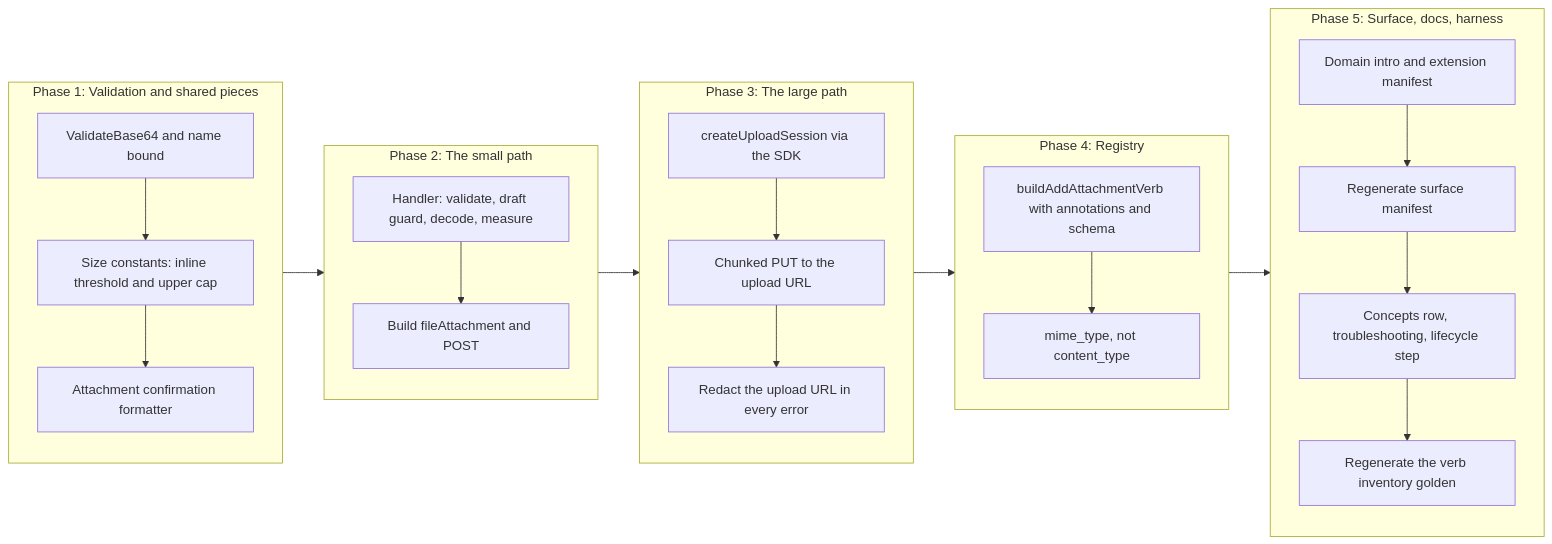
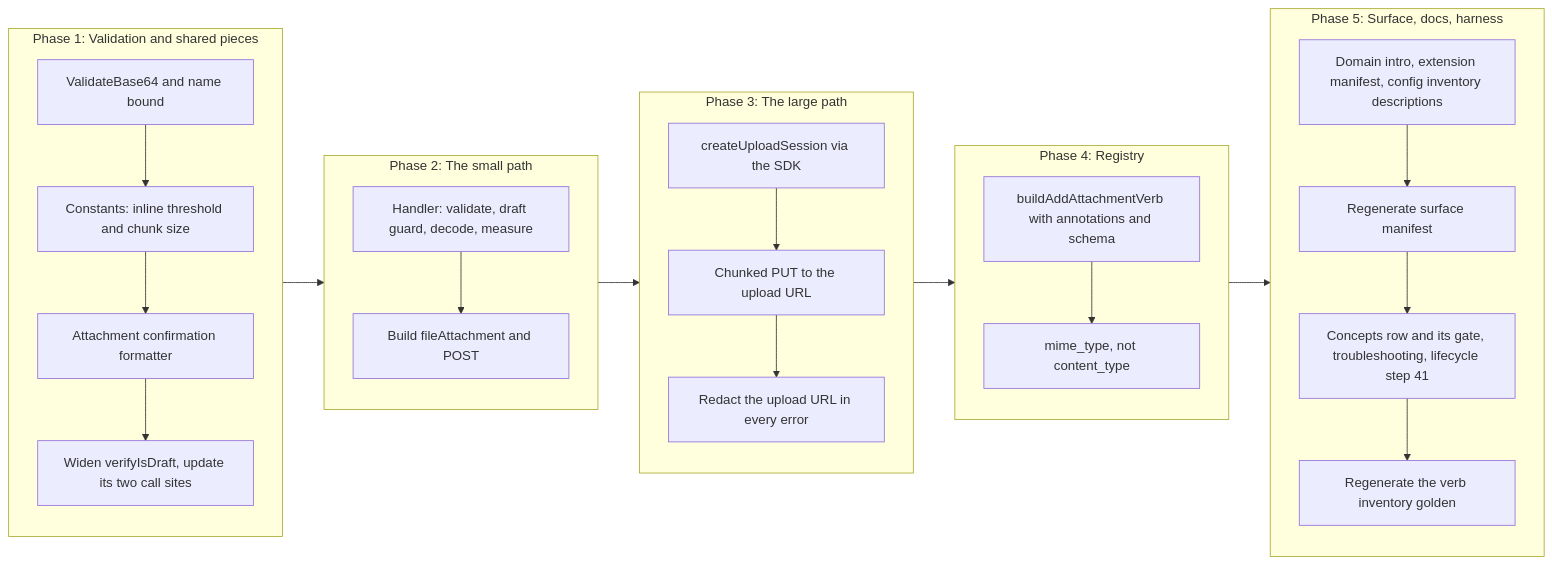
Before and after one commit to desek/outlook-local-mcp: the third of 3 diagrams in docs/cr/CR-0079-mail-draft-attachments.md, drawn with Mermaid. The commit also changed other lines of this file and 1 other file, not shown here.

````diff
--- a/docs/cr/CR-0079-mail-draft-attachments.md
+++ b/docs/cr/CR-0079-mail-draft-attachments.md
@@ -536,23 +684,24 @@
 ```mermaid
 flowchart LR
     subgraph P1["Phase 1: Validation and shared pieces"]
-        A1["ValidateBase64 and name bound"] --> A2["Size constants: inline threshold and upper cap"]
+        A1["ValidateBase64 and name bound"] --> A2["Constants: inline threshold and chunk size"]
         A2 --> A3["Attachment confirmation formatter"]
+        A3 --> A4["Widen verifyIsDraft, update its two call sites"]
     end
     subgraph P2["Phase 2: The small path"]
         B1["Handler: validate, draft guard, decode, measure"] --> B2["Build fileAttachment and POST"]
     end
     subgraph P3["Phase 3: The large path"]
         C1["createUploadSession via the SDK"] --> C2["Chunked PUT to the upload URL"]
         C2 --> C3["Redact the upload URL in every error"]
     end
     subgraph P4["Phase 4: Registry"]
         D1["buildAddAttachmentVerb with annotations and schema"] --> D2["mime_type, not content_type"]
     end
     subgraph P5["Phase 5: Surface, docs, harness"]
-        E1["Domain intro and extension manifest"] --> E2["Regenerate surface manifest"]
-        E2 --> E3["Concepts row, troubleshooting, lifecycle step"]
+        E1["Domain intro, extension manifest, config inventory descriptions"] --> E2["Regenerate surface manifest"]
+        E2 --> E3["Concepts row and its gate, troubleshooting, lifecycle step 41"]
         E3 --> E4["Regenerate the verb inventory golden"]
     end
     P1 --> P2 --> P3 --> P4 --> P5
 ```
````
